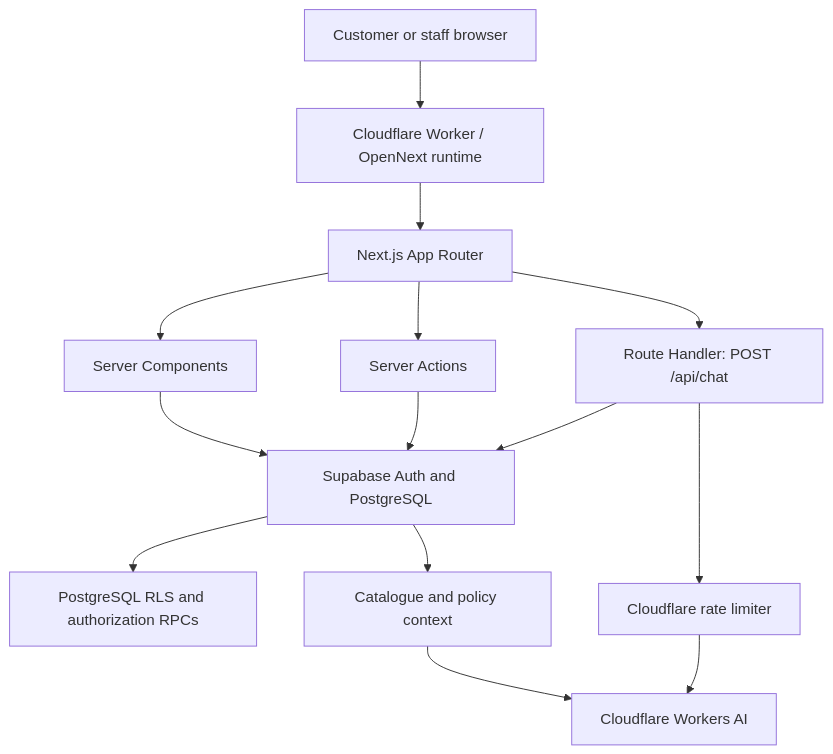
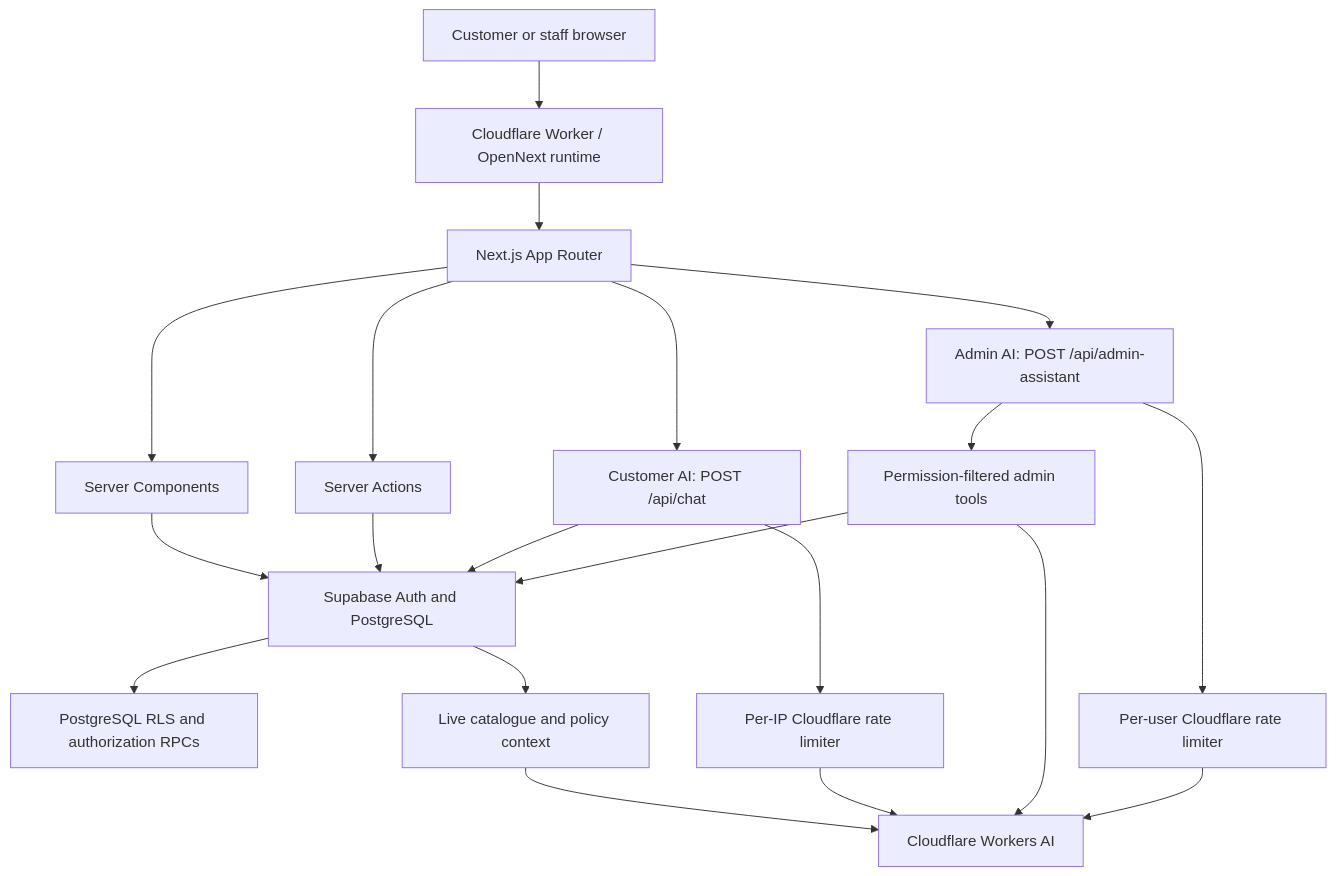
The first of 2 diagrams in README.md (hoangvanpierre/Solenne), drawn with Mermaid before and after one commit. The commit also changed other lines of this file, not shown here.

Commit message:
docs(readme): refresh architecture and AI capabilities

````diff
--- a/README.md
+++ b/README.md
@@ -133,16 +140,22 @@
 ```mermaid
 flowchart TD
     A[Customer or staff browser] --> B[Cloudflare Worker / OpenNext runtime]
     B --> C[Next.js App Router]
     C --> D[Server Components]
     C --> E[Server Actions]
-    C --> F["Route Handler: POST /api/chat"]
+    C --> F["Customer AI: POST /api/chat"]
+    C --> H["Admin AI: POST /api/admin-assistant"]
     D --> G[Supabase Auth and PostgreSQL]
     E --> G
-    G --> H[PostgreSQL RLS and authorization RPCs]
+    G --> I[PostgreSQL RLS and authorization RPCs]
     F --> G
-    G --> I[Catalogue and policy context]
-    F --> J[Cloudflare rate limiter]
-    I --> K[Cloudflare Workers AI]
-    J --> K
+    G --> J[Live catalogue and policy context]
+    F --> K[Per-IP Cloudflare rate limiter]
+    H --> L[Permission-filtered admin tools]
+    L --> G
+    H --> M[Per-user Cloudflare rate limiter]
+    J --> N[Cloudflare Workers AI]
+    K --> N
+    L --> N
+    M --> N
 ```
````
